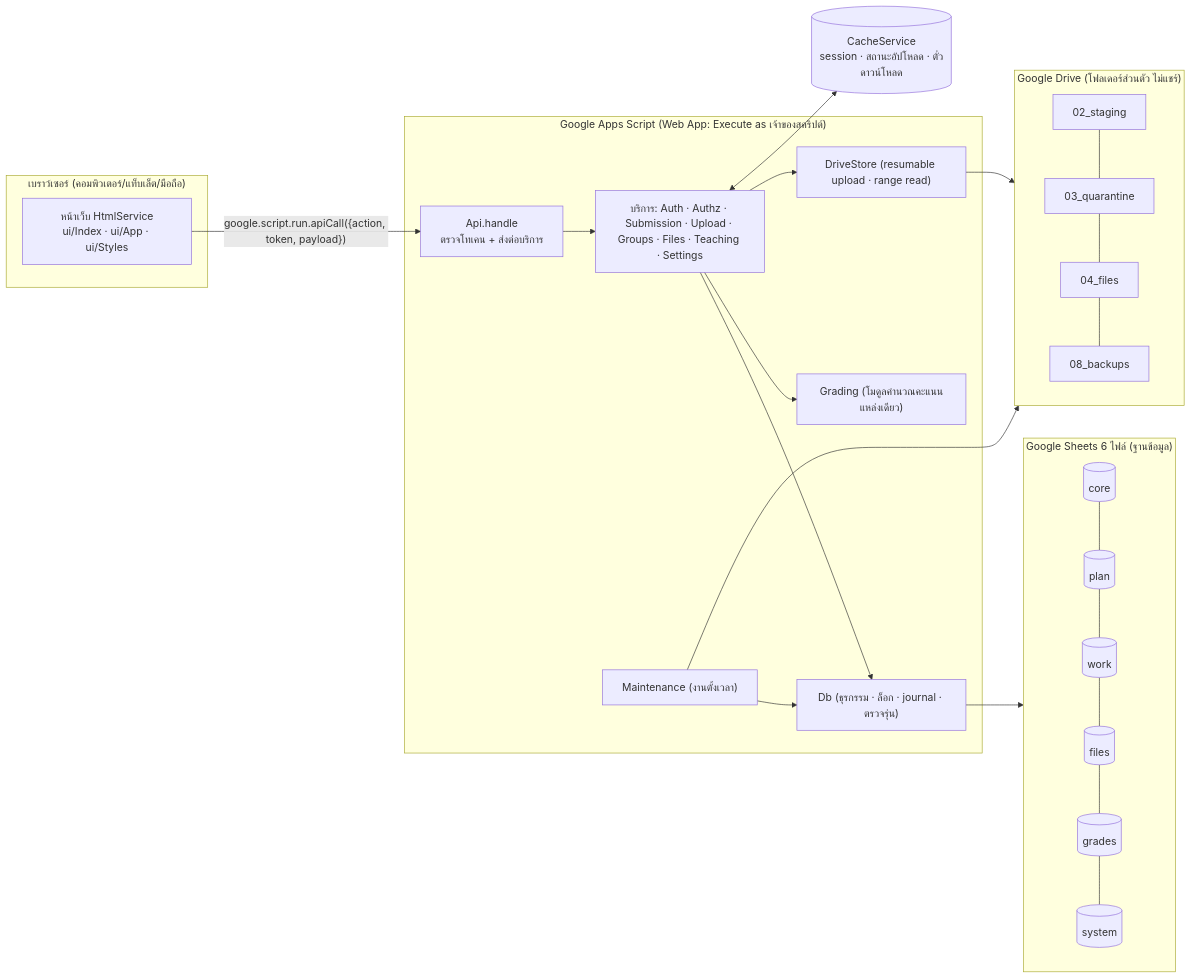
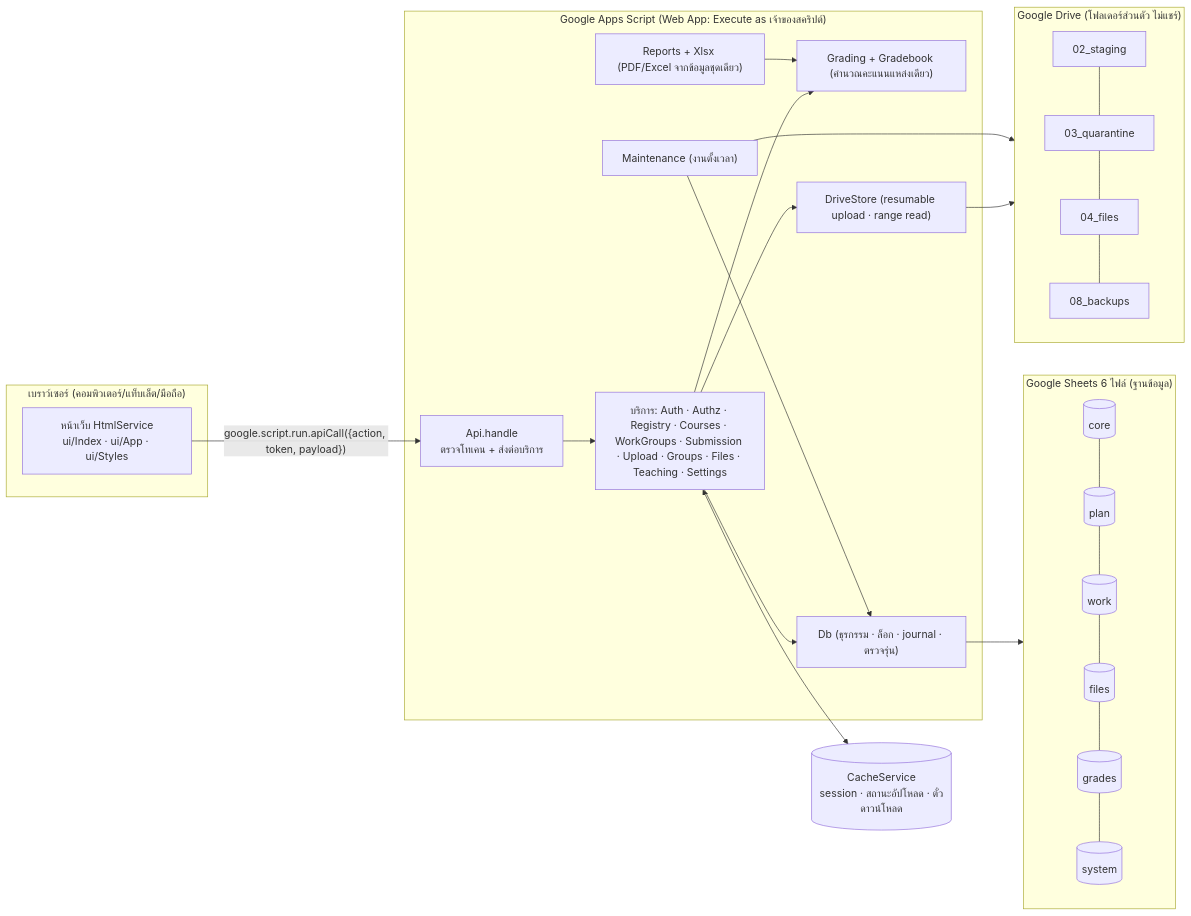
The first of 2 diagrams in docs/01-architecture.md (cnbkruchin/CWK-learning-hub), drawn with Mermaid before and after one commit. The commit also changed other lines of this file and 37 other files, not shown here.

````diff
--- a/docs/01-architecture.md
+++ b/docs/01-architecture.md
@@ -8,28 +8,30 @@
 ```mermaid
 flowchart LR
   subgraph Browser["เบราว์เซอร์ (คอมพิวเตอร์/แท็บเล็ต/มือถือ)"]
     UI["หน้าเว็บ HtmlService<br/>ui/Index · ui/App · ui/Styles"]
   end
   subgraph GAS["Google Apps Script (Web App: Execute as เจ้าของสคริปต์)"]
     API["Api.handle<br/>ตรวจโทเคน + ส่งต่อบริการ"]
-    SVC["บริการ: Auth · Authz · Submission · Upload · Groups · Files · Teaching · Settings"]
-    CALC["Grading (โมดูลคำนวณคะแนนแหล่งเดียว)"]
+    SVC["บริการ: Auth · Authz · Registry · Courses · WorkGroups · Submission · Upload · Groups · Files · Teaching · Settings"]
+    CALC["Grading + Gradebook (คำนวณคะแนนแหล่งเดียว)"]
+    REP["Reports + Xlsx (PDF/Excel จากข้อมูลชุดเดียว)"]
     DB["Db (ธุรกรรม · ล็อก · journal · ตรวจรุ่น)"]
     DS["DriveStore (resumable upload · range read)"]
     JOB["Maintenance (งานตั้งเวลา)"]
   end
   subgraph Sheets["Google Sheets 6 ไฟล์ (ฐานข้อมูล)"]
     S1[(core)] --- S2[(plan)] --- S3[(work)] --- S4[(files)] --- S5[(grades)] --- S6[(system)]
   end
   subgraph Drive["Google Drive (โฟลเดอร์ส่วนตัว ไม่แชร์)"]
     F1["02_staging"] --- F2["03_quarantine"] --- F3["04_files"] --- F4["08_backups"]
   end
   Cache[("CacheService<br/>session · สถานะอัปโหลด · ตั๋วดาวน์โหลด")]
   UI -- "google.script.run.apiCall({action, token, payload})" --> API
   API --> SVC --> DB --> Sheets
   SVC --> CALC
+  REP --> CALC
   SVC --> DS --> Drive
   SVC <--> Cache
   JOB --> DB
   JOB --> Drive
 ```
````
